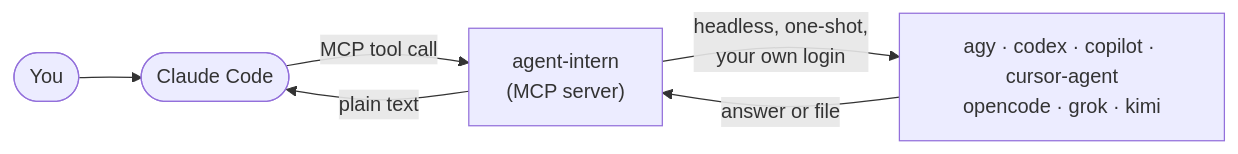
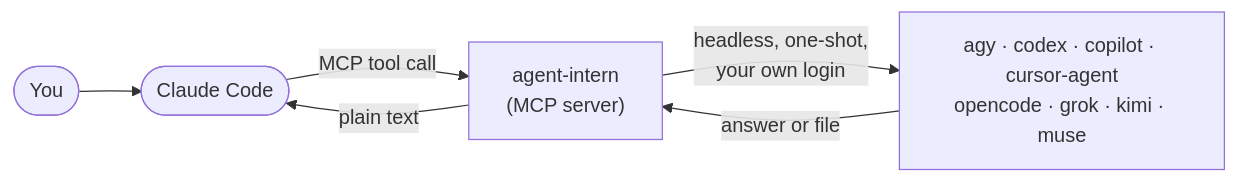
One commit to SinanTufekci/agent-intern changed the diagram in README.md. Above: the diagram before and after it, drawn with Mermaid. The commit also changed other lines of this file and 18 other files, not shown here.

````diff
--- a/README.md
+++ b/README.md
@@ -146,8 +149,8 @@
 ```mermaid
 flowchart LR
     U([You]) --> CC([Claude Code])
     CC -- "MCP tool call" --> B["agent-intern<br/>(MCP server)"]
-    B -- "headless, one-shot,<br/>your own login" --> CLI["agy · codex · copilot · cursor-agent<br/>opencode · grok · kimi"]
+    B -- "headless, one-shot,<br/>your own login" --> CLI["agy · codex · copilot · cursor-agent<br/>opencode · grok · kimi · muse"]
     CLI -- "answer or file" --> B
     B -- "plain text" --> CC
 ```
````
